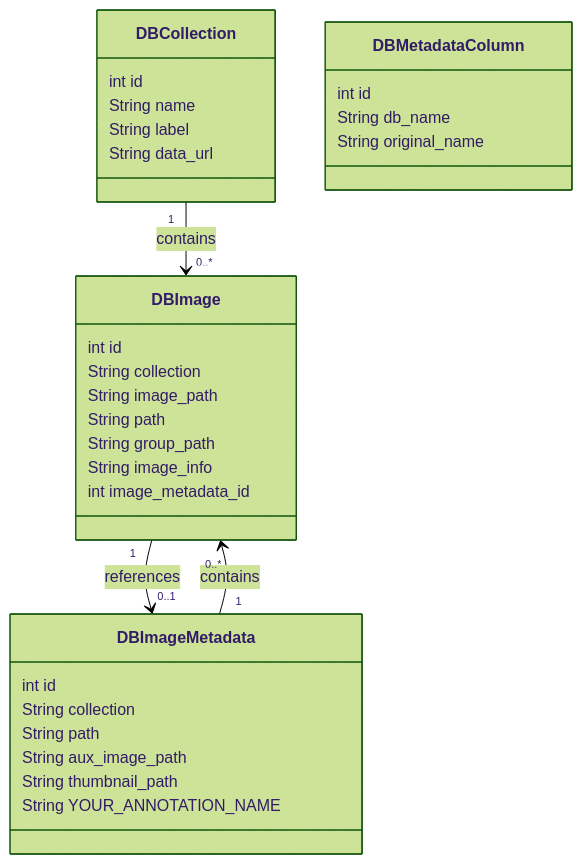
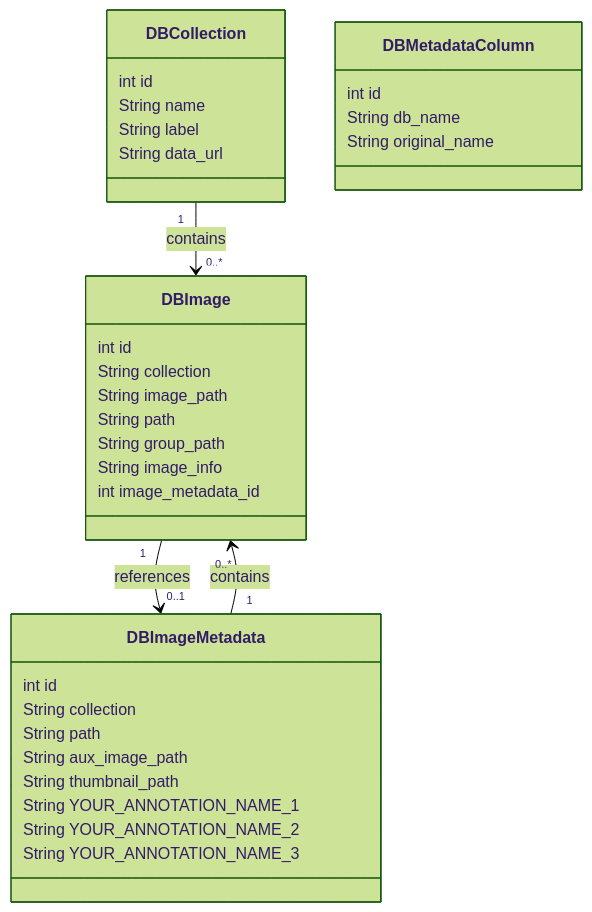
One commit to JaneliaSciComp/zarrcade changed the first of 2 diagrams in docs/Overview.md. Above: the diagram before and after it, drawn with Mermaid (forest theme). The commit also changed other lines of this file and 2 other files, not shown here.

````diff
--- a/docs/Overview.md
+++ b/docs/Overview.md
@@ -9,39 +27,41 @@
 ```mermaid
 classDiagram
 
 class DBCollection {
     int id
     String name
     String label
     String data_url
 }
 
 class DBMetadataColumn {
     int id
     String db_name
     String original_name
 }
 
 class DBImageMetadata {
     int id
     String collection
     String path
     String aux_image_path
     String thumbnail_path
-    String YOUR_ANNOTATION_NAME
+    String YOUR_ANNOTATION_NAME_1
+    String YOUR_ANNOTATION_NAME_2
+    String YOUR_ANNOTATION_NAME_3
 }
 
 class DBImage {
     int id
     String collection
     String image_path
     String path
     String group_path
     String image_info
     int image_metadata_id
 }
 
 DBImageMetadata "1" --> "0..*" DBImage : contains
 DBImage "1" --> "0..1" DBImageMetadata : references
 DBCollection "1" --> "0..*" DBImage : contains
 ```
````
